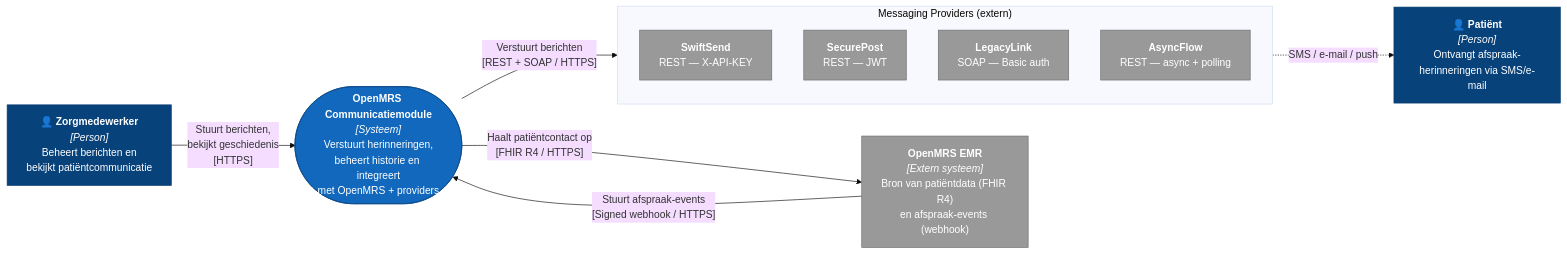
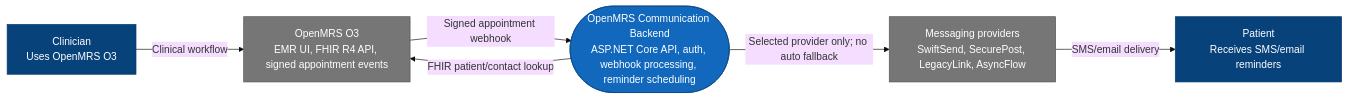
The diagram in docs/c4/diagrams/01-context.mmd (Rishyansyal/OpenMRSmoduleBackend), drawn with Mermaid (base theme) before and after one commit. The commit also changed 160 other files, not shown here.

```diff
--- a/docs/c4/diagrams/01-context.mmd
+++ b/docs/c4/diagrams/01-context.mmd
@@ -1,25 +1,16 @@
 flowchart LR
     classDef person fill:#08427b,stroke:#073b6f,color:#fff
     classDef system fill:#1168bd,stroke:#0b4884,color:#fff
-    classDef ext fill:#999999,stroke:#6b6b6b,color:#fff
+    classDef ext fill:#767676,stroke:#525252,color:#fff
 
-    zorg["👤 <b>Zorgmedewerker</b><br/><i>[Person]</i><br/>Beheert berichten en<br/>bekijkt patiëntcommunicatie"]:::person
-    patient["👤 <b>Patiënt</b><br/><i>[Person]</i><br/>Ontvangt afspraak-<br/>herinneringen via SMS/e-mail"]:::person
+    clinician["Clinician<br/>Uses OpenMRS O3"]:::person
+    patient["Patient<br/>Receives SMS/email reminders"]:::person
+    openmrs["OpenMRS O3<br/>EMR UI, FHIR R4 API, signed appointment events"]:::ext
+    backend(["OpenMRS Communication Backend<br/>ASP.NET Core API, auth, webhook processing, reminder scheduling"]):::system
+    providers["Messaging providers<br/>SwiftSend, SecurePost, LegacyLink, AsyncFlow"]:::ext
 
-    module(["<b>OpenMRS Communicatiemodule</b><br/><i>[Systeem]</i><br/>Verstuurt herinneringen,<br/>beheert historie en integreert<br/>met OpenMRS + providers"]):::system
-
-    openmrs["<b>OpenMRS EMR</b><br/><i>[Extern systeem]</i><br/>Bron van patiëntdata (FHIR R4)<br/>en afspraak-events (webhook)"]:::ext
-
-    subgraph providers["Messaging Providers (extern)"]
-        direction TB
-        swift["<b>SwiftSend</b><br/>REST — X-API-KEY"]:::ext
-        secure["<b>SecurePost</b><br/>REST — JWT"]:::ext
-        legacy["<b>LegacyLink</b><br/>SOAP — Basic auth"]:::ext
-        async["<b>AsyncFlow</b><br/>REST — async + polling"]:::ext
-    end
-
-    zorg -->|"Stuurt berichten,<br/>bekijkt geschiedenis<br/>[HTTPS]"| module
-    openmrs -->|"Stuurt afspraak-events<br/>[Signed webhook / HTTPS]"| module
-    module -->|"Haalt patiëntcontact op<br/>[FHIR R4 / HTTPS]"| openmrs
-    module -->|"Verstuurt berichten<br/>[REST + SOAP / HTTPS]"| providers
-    providers -.->|"SMS / e-mail / push"| patient
+    clinician -->|"Clinical workflow"| openmrs
+    openmrs -->|"Signed appointment webhook"| backend
+    backend -->|"FHIR patient/contact lookup"| openmrs
+    backend -->|"Selected provider only; no auto fallback"| providers
+    providers -->|"SMS/email delivery"| patient
```
